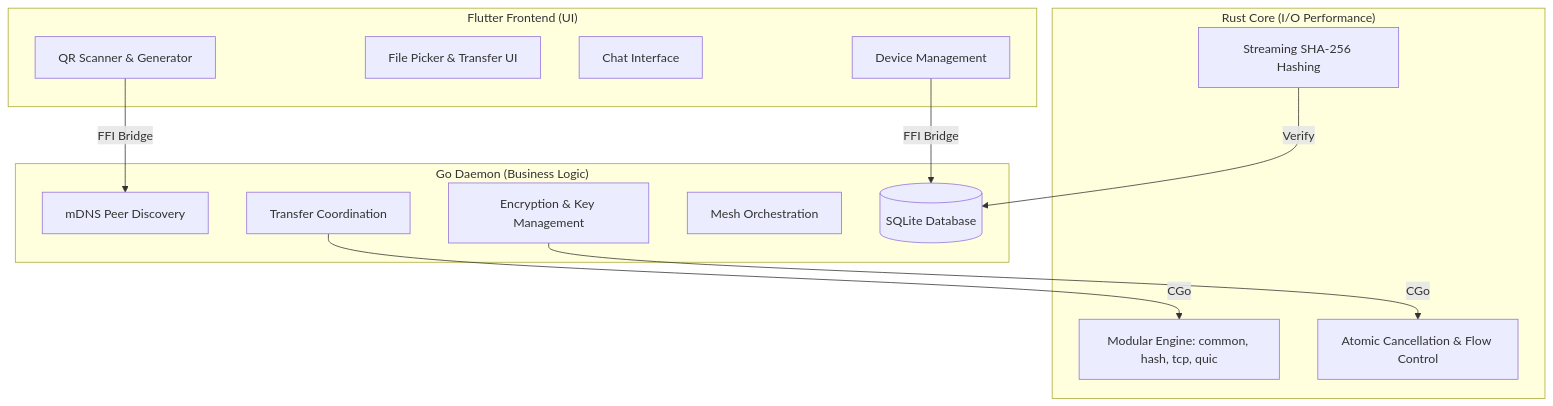
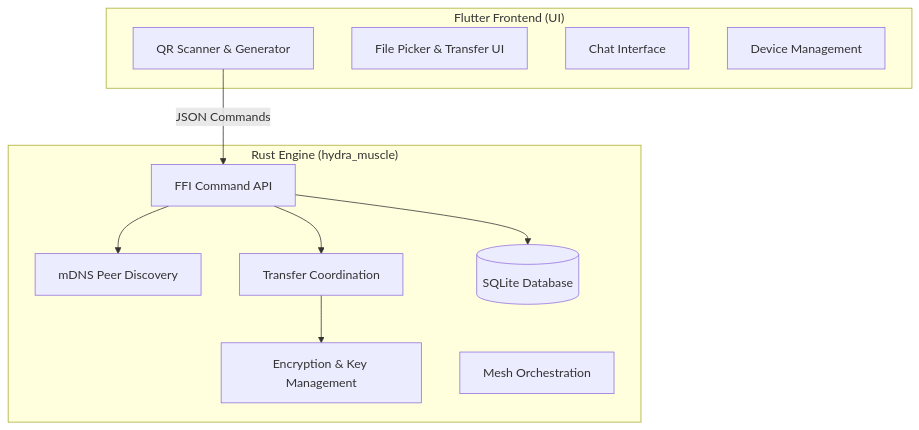
Before and after one commit to NexGenCodes/hydrashare: the diagram in README.md, drawn with Mermaid. The commit also changed other lines of this file and 6 other files, not shown here.

First line of the commit message:
docs: overhaul documentation and project config for pure rust architecture

````diff
--- a/README.md
+++ b/README.md
@@ -48,29 +42,24 @@
 ```mermaid
 graph TD
     subgraph Frontend ["Flutter Frontend (UI)"]
         UI[QR Scanner & Generator]
         TP[File Picker & Transfer UI]
         CH[Chat Interface]
         DM[Device Management]
     end
 
-    subgraph Backend ["Go Daemon (Business Logic)"]
+    subgraph Backend ["Rust Engine (hydra_muscle)"]
         disc[mDNS Peer Discovery]
         sec[Encryption & Key Management]
         coord[Transfer Coordination]
         mesh[Mesh Orchestration]
         db[(SQLite Database)]
+        ffi[FFI Command API]
     end
 
-    subgraph Core ["Rust Core (I/O Performance)"]
-        mod[Modular Engine: common, hash, tcp, quic]
-        atom[Atomic Cancellation & Flow Control]
-        hsh[Streaming SHA-256 Hashing]
-    end
-
-    UI -->|FFI Bridge| disc
-    DM -->|FFI Bridge| db
-    coord -->|CGo| mod
-    sec -->|CGo| atom
-    hsh -->|Verify| db
+    UI -->|JSON Commands| ffi
+    ffi --> disc
+    ffi --> db
+    ffi --> coord
+    coord --> sec
 ```
````
